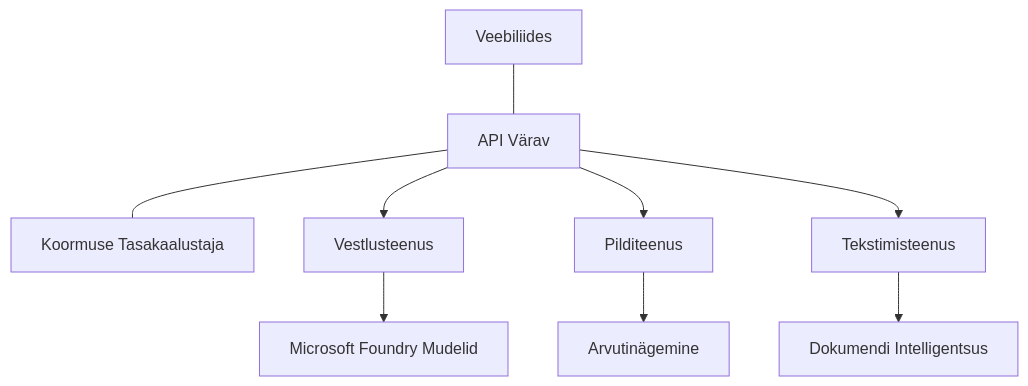
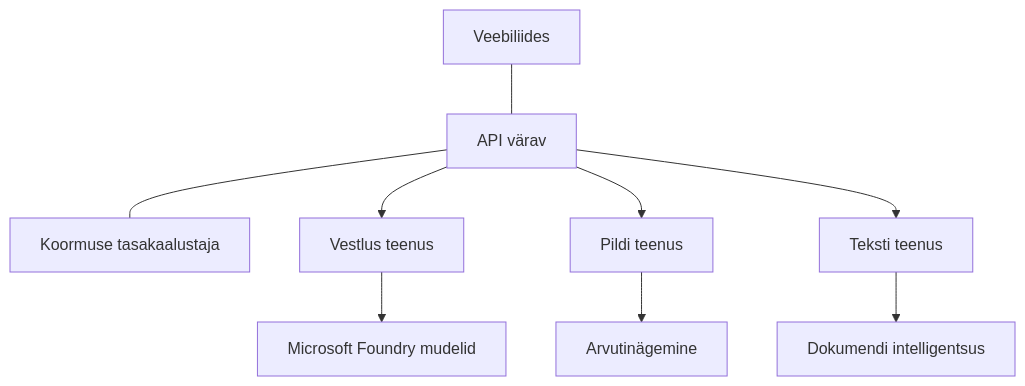
The diagram in translations/et/docs/chapter-08-production/production-ai-practices.md (microsoft/AZD-for-beginners), drawn with Mermaid before and after one commit. The commit also changed other lines of this file and 104 other files, not shown here.

````diff
--- a/translations/et/docs/chapter-08-production/production-ai-practices.md
+++ b/translations/et/docs/chapter-08-production/production-ai-practices.md
@@ -30,10 +30,10 @@
 ```mermaid
 graph TD
-    Frontend[Veebiliides] --- Gateway[API Värav] --- LB[Koormuse Tasakaalustaja]
-    Gateway --> Chat[Vestlusteenus]
-    Gateway --> Image[Pilditeenus]
-    Gateway --> Text[Tekstimisteenus]
-    Chat --> OpenAI[Microsoft Foundry Mudelid]
+    Frontend[Veebiliides] --- Gateway[API värav] --- LB[Koormuse tasakaalustaja]
+    Gateway --> Chat[Vestlus teenus]
+    Gateway --> Image[Pildi teenus]
+    Gateway --> Text[Teksti teenus]
+    Chat --> OpenAI[Microsoft Foundry mudelid]
     Image --> Vision[Arvutinägemine]
-    Text --> DocIntel[Dokumendi Intelligentsus]
+    Text --> DocIntel[Dokumendi intelligentsus]
 ```
````
